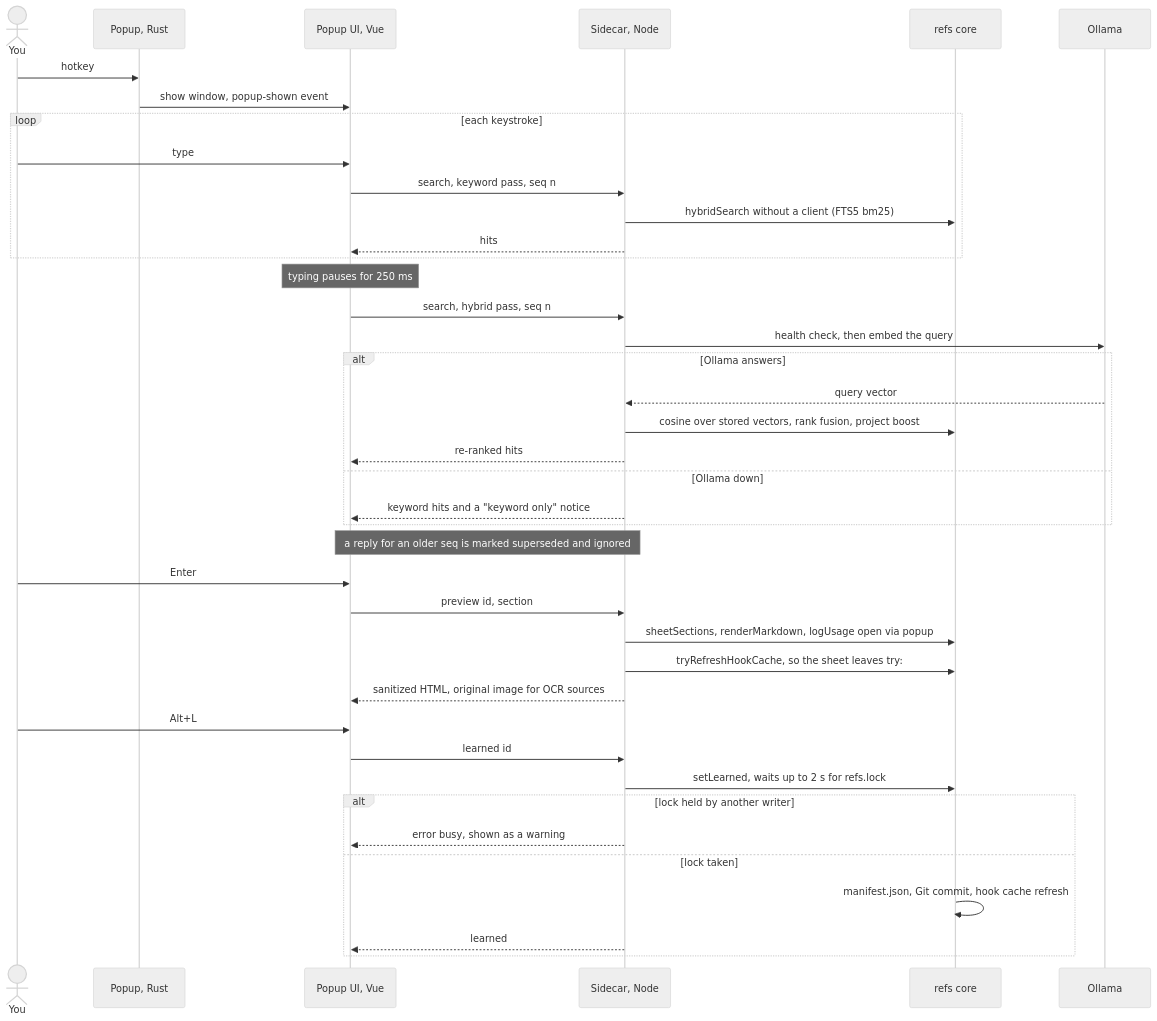
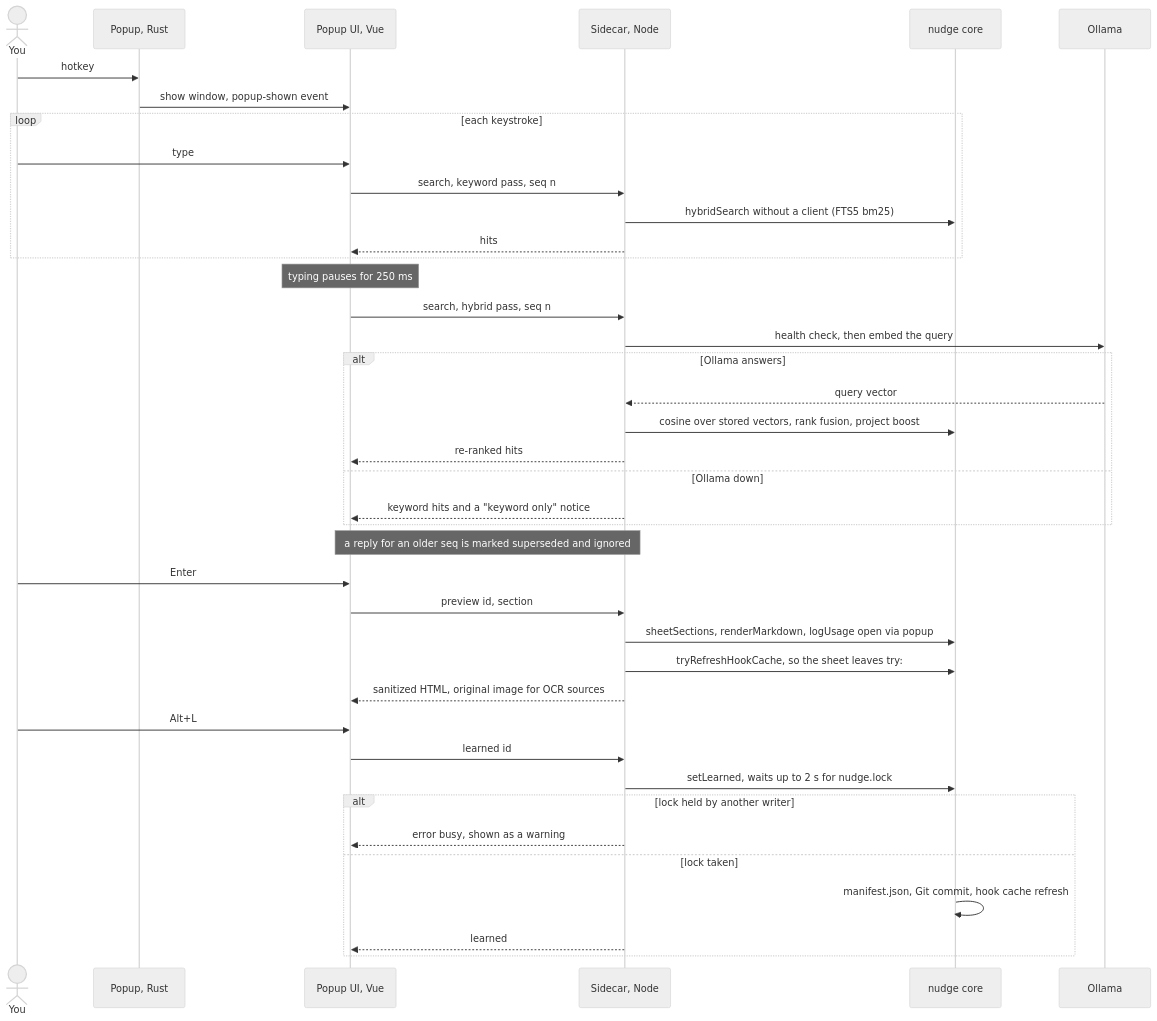
Before and after one commit to cgbot7/Nudge: the third of 5 diagrams in docs/architecture.md, drawn with Mermaid (neutral theme). The commit also changed other lines of this file and 81 other files, not shown here.

First line of the commit message:
Rename refs to nudge everywhere

````diff
--- a/docs/architecture.md
+++ b/docs/architecture.md
@@ -104,43 +104,43 @@
 ```mermaid
 sequenceDiagram
   actor U as You
   participant R as Popup, Rust
   participant W as Popup UI, Vue
   participant S as Sidecar, Node
-  participant C as refs core
+  participant C as nudge core
   participant O as Ollama
 
   U->>R: hotkey
   R->>W: show window, popup-shown event
   loop each keystroke
     U->>W: type
     W->>S: search, keyword pass, seq n
     S->>C: hybridSearch without a client (FTS5 bm25)
     S-->>W: hits
   end
   Note over W: typing pauses for 250 ms
   W->>S: search, hybrid pass, seq n
   S->>O: health check, then embed the query
   alt Ollama answers
     O-->>S: query vector
     S->>C: cosine over stored vectors, rank fusion, project boost
     S-->>W: re-ranked hits
   else Ollama down
     S-->>W: keyword hits and a "keyword only" notice
   end
   Note over S,W: a reply for an older seq is marked superseded and ignored
   U->>W: Enter
   W->>S: preview id, section
   S->>C: sheetSections, renderMarkdown, logUsage open via popup
   S->>C: tryRefreshHookCache, so the sheet leaves try:
   S-->>W: sanitized HTML, original image for OCR sources
   U->>W: Alt+L
   W->>S: learned id
-  S->>C: setLearned, waits up to 2 s for refs.lock
+  S->>C: setLearned, waits up to 2 s for nudge.lock
   alt lock held by another writer
     S-->>W: error busy, shown as a warning
   else lock taken
     C->>C: manifest.json, Git commit, hook cache refresh
     S-->>W: learned
   end
 ```
````
